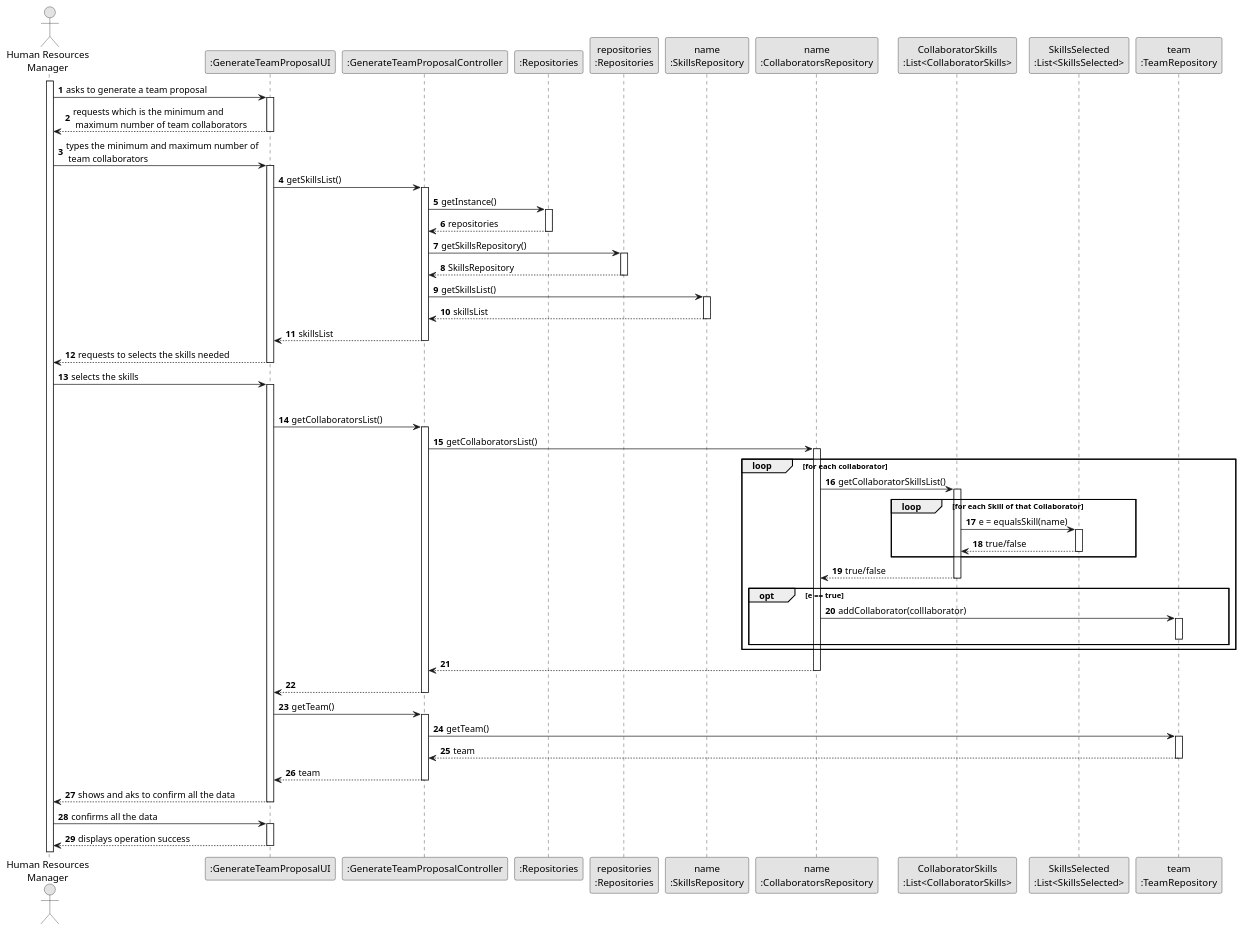
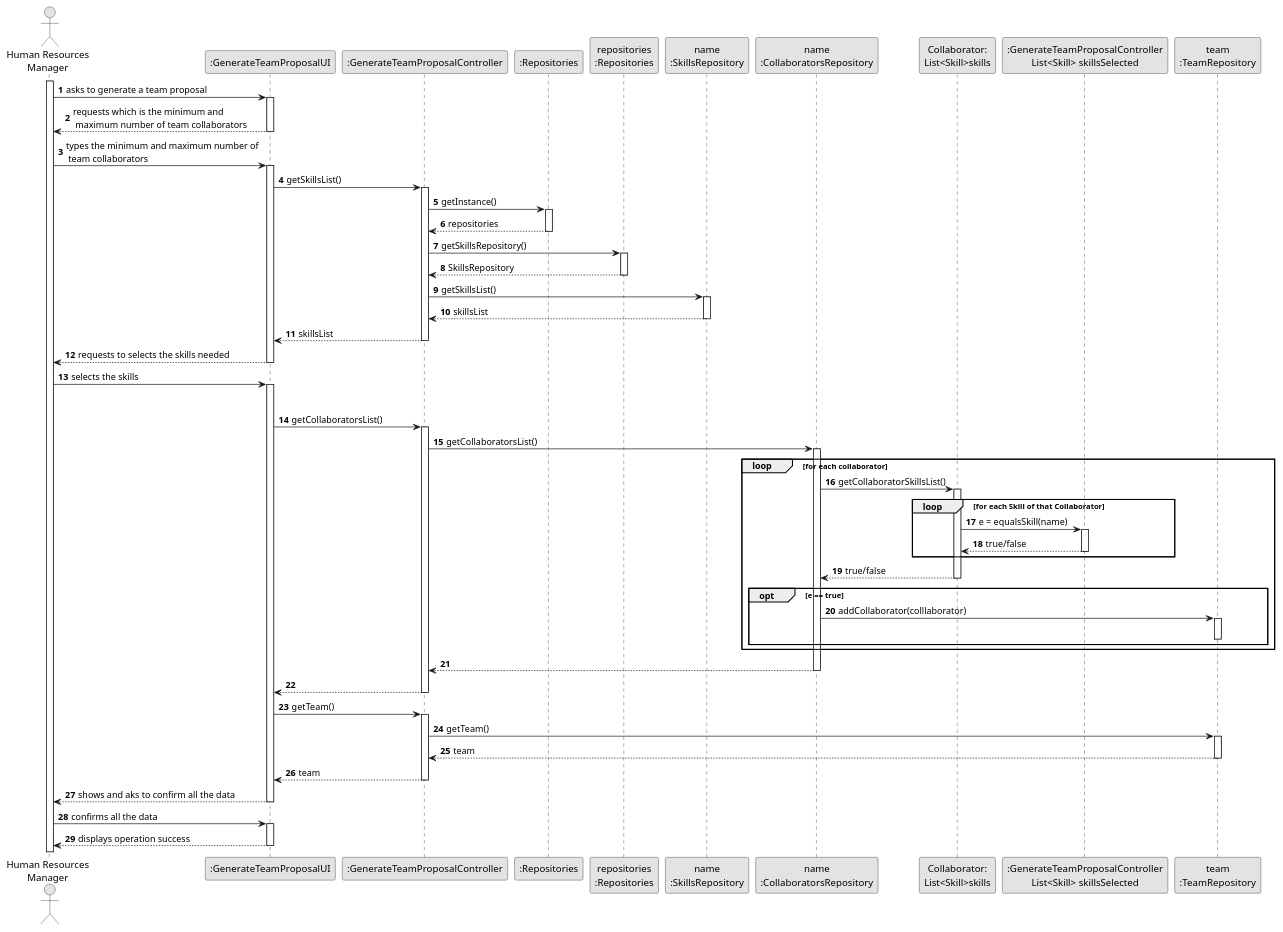
The diagram in docs/sprint2/us005/03.design/puml/us005-sequence-diagram-full.puml (1231360-ISEP/lei-24-s2-1db-g021), drawn with PlantUML before and after one commit. The commit also changed 5 other files, not shown here.

Commit message:
Update US05 - Diagram Class and SD full and partial and SVG´s

```diff
--- a/docs/sprint2/us005/03.design/puml/us005-sequence-diagram-full.puml
+++ b/docs/sprint2/us005/03.design/puml/us005-sequence-diagram-full.puml
@@ -1,128 +1,128 @@
 @startuml
 skinparam monochrome true
 skinparam packageStyle rectangle
 skinparam shadowing false
 
 actor "Human Resources\nManager" as HRM
 participant ":GenerateTeamProposalUI" as UI
 participant ":GenerateTeamProposalController" as CTRL
 participant ":Repositories" as RepositorySingleton
 participant "repositories\n:Repositories" as PLAT
 participant "name\n:SkillsRepository" as SkillsRepository
 participant "name\n:CollaboratorsRepository" as CollaboratorsRepository
-participant "CollaboratorSkills\n:List<CollaboratorSkills>" as CollaboratorSkills
-participant "SkillsSelected\n:List<SkillsSelected>" as ListOfSkillsSelected
+participant "Collaborator:\nList<Skill>skills" as CollaboratorSkills
+participant ":GenerateTeamProposalController\nList<Skill> skillsSelected" as ListOfSkillsSelected
 participant "team\n:TeamRepository" as TeamRepository
 
 autonumber 1
 
 activate HRM
 
 HRM -> UI : asks to generate a team proposal
     activate UI
 
 UI --> HRM : requests which is the minimum and\n maximum number of team collaborators
 deactivate UI
 
 
 HRM -> UI : types the minimum and maximum number of\n team collaborators
     activate UI
 
 UI -> CTRL: getSkillsList()
 
 activate CTRL
 
     CTRL -> RepositorySingleton : getInstance()
 activate RepositorySingleton
 
 RepositorySingleton --> CTRL: repositories
 deactivate RepositorySingleton
 
     CTRL -> PLAT : getSkillsRepository()
 activate PLAT
 
 PLAT --> CTRL: SkillsRepository
 deactivate PLAT
 
     CTRL -> SkillsRepository : getSkillsList()
 activate SkillsRepository
 
 SkillsRepository --> CTRL : skillsList
 deactivate SkillsRepository
 
 CTRL --> UI : skillsList
 deactivate CTRL
 
 UI --> HRM : requests to selects the skills needed
 
 deactivate UI
 
     HRM -> UI : selects the skills
 activate UI
 
 deactivate CTRL
 
 UI -> CTRL: getCollaboratorsList()
 
 activate CTRL
 
     CTRL -> CollaboratorsRepository : getCollaboratorsList()
 activate CollaboratorsRepository
 
     loop for each collaborator
             CollaboratorsRepository -> CollaboratorSkills : getCollaboratorSkillsList()
         activate CollaboratorSkills
 
             loop for each Skill of that Collaborator
                     CollaboratorSkills -> ListOfSkillsSelected : e = equalsSkill(name)
                 activate ListOfSkillsSelected
 
                 CollaboratorSkills <-- ListOfSkillsSelected : true/false
                 deactivate ListOfSkillsSelected
             end
         CollaboratorsRepository <-- CollaboratorSkills : true/false
         deactivate CollaboratorSkills
 
         opt e == true
 
             CollaboratorsRepository -> TeamRepository : addCollaborator(colllaborator)
             activate TeamRepository
             deactivate TeamRepository
 
         end
 
         deactivate CollaboratorSkills
 
     end
 
 CollaboratorsRepository --> CTRL:
 deactivate CollaboratorsRepository
 
 
 CTRL --> UI :
 deactivate CTRL
 
 UI -> CTRL: getTeam()
 
 activate CTRL
 
     CTRL -> TeamRepository : getTeam()
 activate TeamRepository
 
 TeamRepository --> CTRL : team
 deactivate TeamRepository
 
 CTRL --> UI : team
 deactivate CTRL
 
 UI --> HRM : shows and aks to confirm all the data
 deactivate UI
 
 HRM -> UI : confirms all the data
 activate UI
 
 UI --> HRM : displays operation success
 deactivate UI
 
 
 @enduml
```
